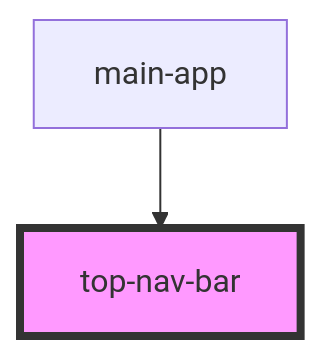
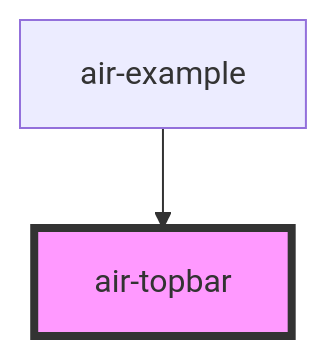
One commit to openwebstudio/AirUI changed the diagram in src/components/topbar/readme.md. Above: the diagram before and after it, drawn with Mermaid. The commit also changed other lines of this file and 6 other files, not shown here.

````diff
--- a/src/components/topbar/readme.md
+++ b/src/components/topbar/readme.md
@@ -15,5 +29,5 @@
 ```mermaid
 graph TD;
-  main-app --> top-nav-bar
-  style top-nav-bar fill:#f9f,stroke:#333,stroke-width:4px
+  air-example --> air-topbar
+  style air-topbar fill:#f9f,stroke:#333,stroke-width:4px
 ```
````
